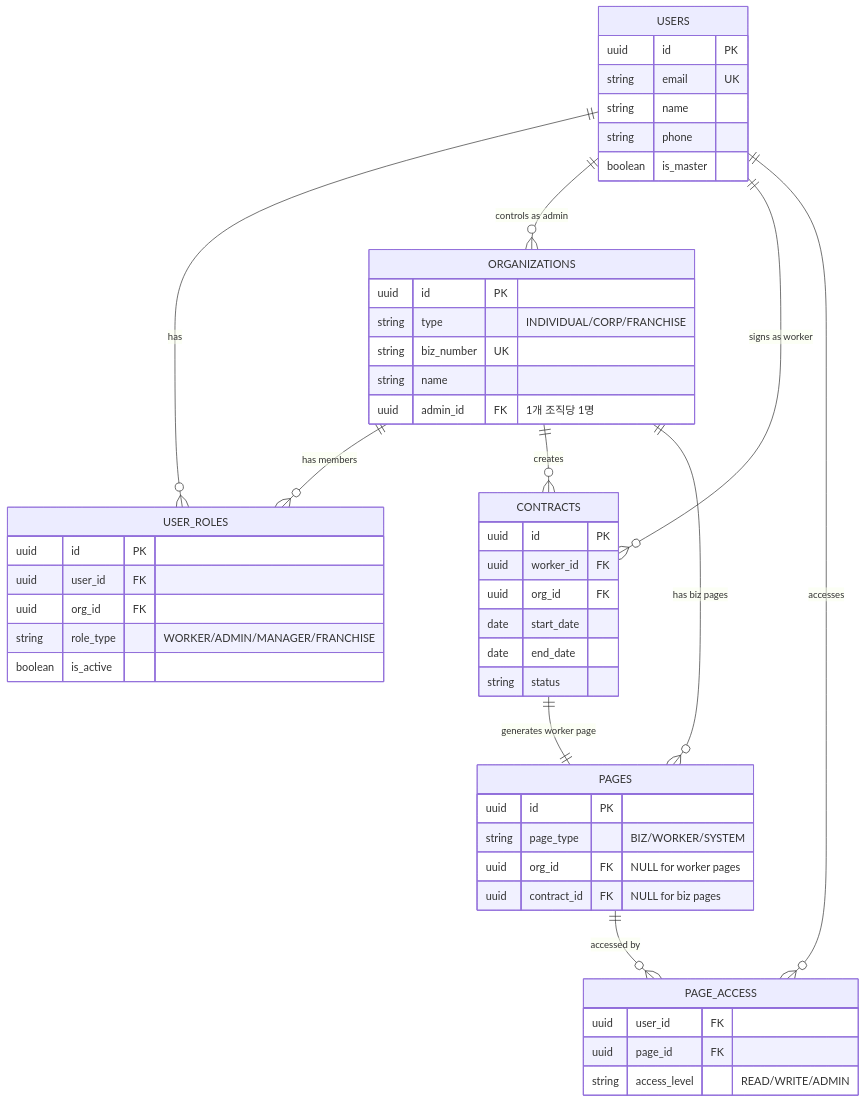
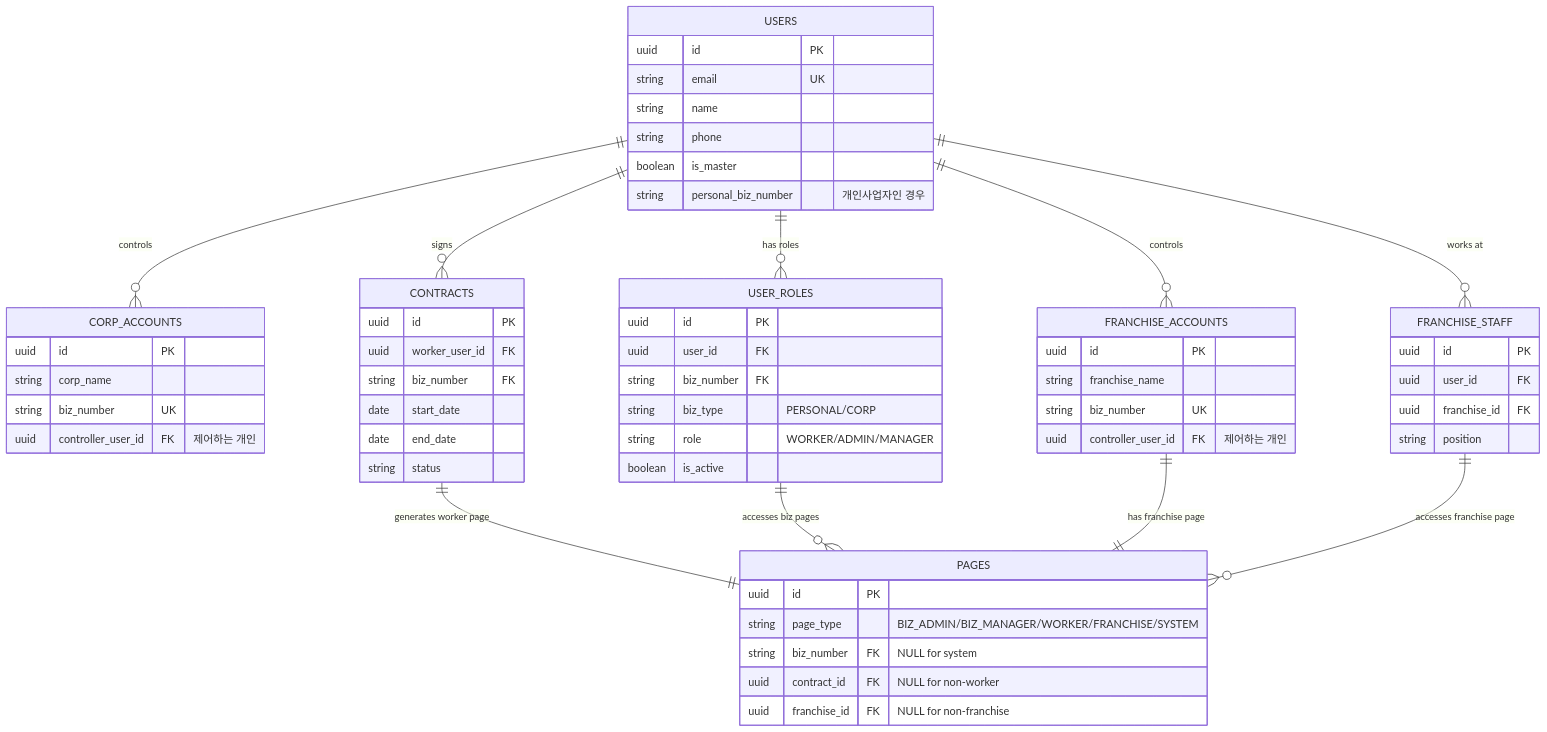
One commit to crazybass81/DOT changed the third of 5 diagrams in services/attendance/user-permission-diagram.md. Above: the diagram before and after it, drawn with Mermaid. The commit also changed other lines of this file, not shown here.

````diff
--- a/services/attendance/user-permission-diagram.md
+++ b/services/attendance/user-permission-diagram.md
@@ -109,58 +121,68 @@
 ```mermaid
 erDiagram
     USERS {
         uuid id PK
         string email UK
         string name
         string phone
         boolean is_master
+        string personal_biz_number "개인사업자인 경우"
     }
     
-    ORGANIZATIONS {
+    CORP_ACCOUNTS {
         uuid id PK
-        string type "INDIVIDUAL/CORP/FRANCHISE"
+        string corp_name
         string biz_number UK
-        string name
-        uuid admin_id FK "1개 조직당 1명"
+        uuid controller_user_id FK "제어하는 개인"
+    }
+    
+    FRANCHISE_ACCOUNTS {
+        uuid id PK
+        string franchise_name
+        string biz_number UK
+        uuid controller_user_id FK "제어하는 개인"
     }
     
     USER_ROLES {
         uuid id PK
         uuid user_id FK
-        uuid org_id FK
-        string role_type "WORKER/ADMIN/MANAGER/FRANCHISE"
+        string biz_number FK
+        string biz_type "PERSONAL/CORP"
+        string role "WORKER/ADMIN/MANAGER"
         boolean is_active
+    }
+    
+    FRANCHISE_STAFF {
+        uuid id PK
+        uuid user_id FK
+        uuid franchise_id FK
+        string position
     }
     
     CONTRACTS {
         uuid id PK
-        uuid worker_id FK
-        uuid org_id FK
+        uuid worker_user_id FK
+        string biz_number FK
         date start_date
         date end_date
         string status
     }
     
     PAGES {
         uuid id PK
-        string page_type "BIZ/WORKER/SYSTEM"
-        uuid org_id FK "NULL for worker pages"
-        uuid contract_id FK "NULL for biz pages"
+        string page_type "BIZ_ADMIN/BIZ_MANAGER/WORKER/FRANCHISE/SYSTEM"
+        string biz_number FK "NULL for system"
+        uuid contract_id FK "NULL for non-worker"
+        uuid franchise_id FK "NULL for non-franchise"
     }
     
-    PAGE_ACCESS {
-        uuid user_id FK
-        uuid page_id FK
-        string access_level "READ/WRITE/ADMIN"
-    }
-    
-    USERS ||--o{ USER_ROLES : "has"
-    USERS ||--o{ ORGANIZATIONS : "controls as admin"
-    ORGANIZATIONS ||--o{ USER_ROLES : "has members"
-    ORGANIZATIONS ||--o{ CONTRACTS : "creates"
-    USERS ||--o{ CONTRACTS : "signs as worker"
+    USERS ||--o{ USER_ROLES : "has roles"
+    USERS ||--o{ CORP_ACCOUNTS : "controls"
+    USERS ||--o{ FRANCHISE_ACCOUNTS : "controls"
+    USERS ||--o{ FRANCHISE_STAFF : "works at"
+    USERS ||--o{ CONTRACTS : "signs"
     CONTRACTS ||--|| PAGES : "generates worker page"
-    ORGANIZATIONS ||--o{ PAGES : "has biz pages"
-    USERS ||--o{ PAGE_ACCESS : "accesses"
-    PAGES ||--o{ PAGE_ACCESS : "accessed by"
+    USER_ROLES ||--o{ PAGES : "accesses biz pages"
+    FRANCHISE_ACCOUNTS ||--|| PAGES : "has franchise page"
+    FRANCHISE_STAFF ||--o{ PAGES : "accesses franchise page"
 ```
````
